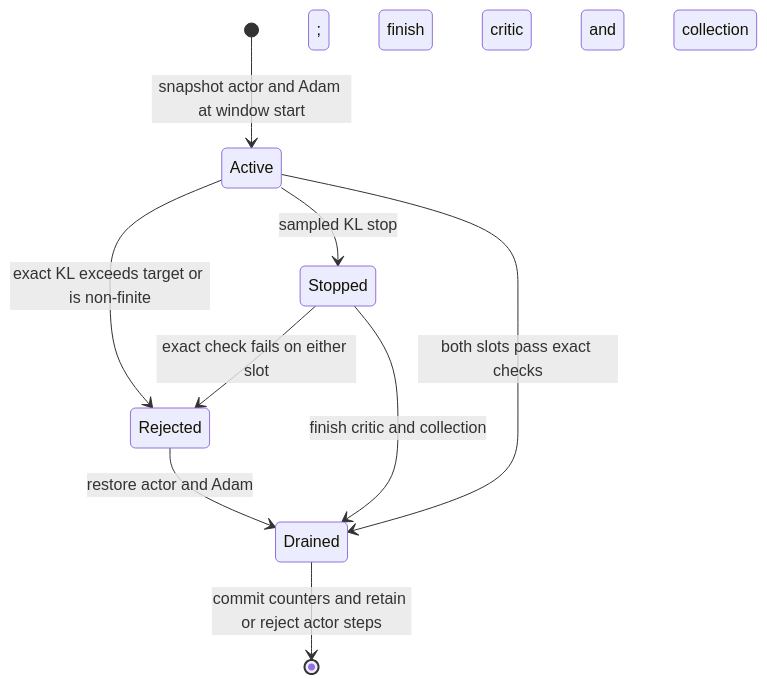
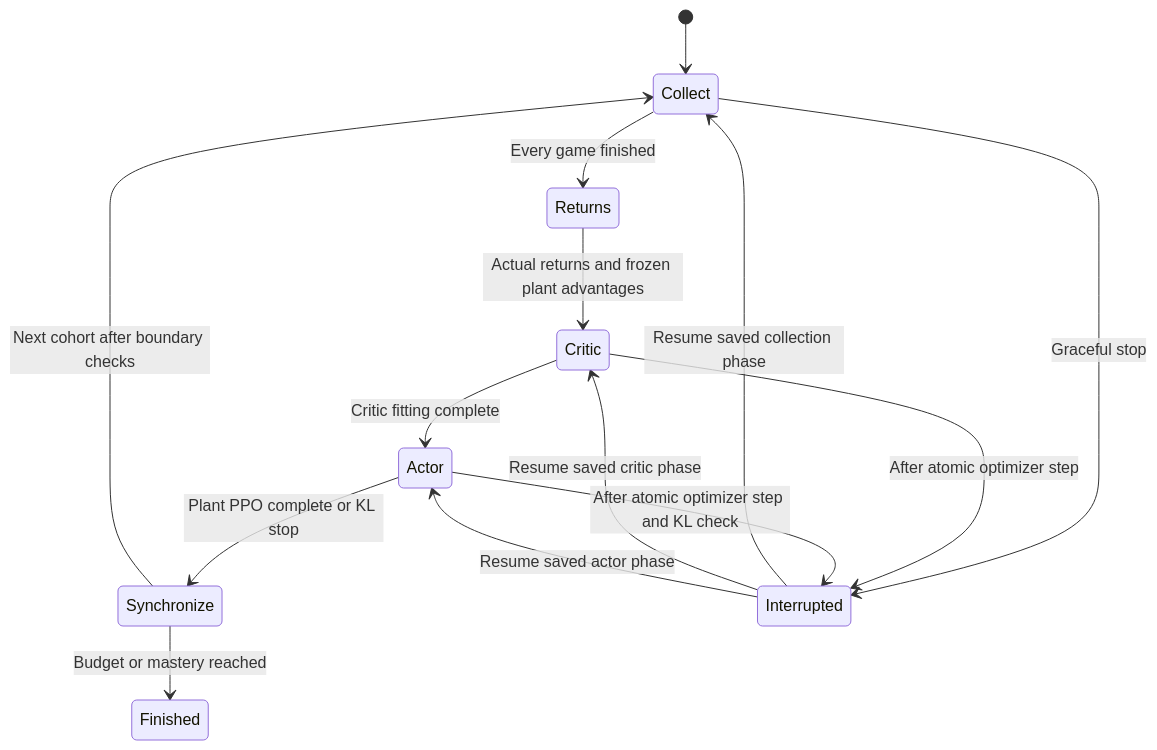
One commit to Comb1e/RL-Pvz changed the second of 2 diagrams in docs/architecture.md. Above: the diagram before and after it, drawn with Mermaid. The commit also changed other lines of this file and 75 other files, not shown here.

````diff
--- a/docs/architecture.md
+++ b/docs/architecture.md
@@ -211,11 +162,16 @@
 ```mermaid
 stateDiagram-v2
-    [*] --> Active: snapshot actor and Adam at window start
-    Active --> Stopped: sampled KL stop
-    Active --> Rejected: exact KL exceeds target or is non-finite
-    Stopped --> Rejected: exact check fails on either slot
-    Rejected --> Drained: restore actor and Adam; finish critic and collection
-    Stopped --> Drained: finish critic and collection
-    Active --> Drained: both slots pass exact checks
-    Drained --> [*]: commit counters and retain or reject actor steps
+    [*] --> Collect
+    Collect --> Returns: Every game finished
+    Returns --> Critic: Actual returns and frozen plant advantages
+    Critic --> Actor: Critic fitting complete
+    Actor --> Synchronize: Plant PPO complete or KL stop
+    Synchronize --> Collect: Next cohort after boundary checks
+    Synchronize --> Finished: Budget or mastery reached
+    Collect --> Interrupted: Graceful stop
+    Critic --> Interrupted: After atomic optimizer step
+    Actor --> Interrupted: After atomic optimizer step and KL check
+    Interrupted --> Collect: Resume saved collection phase
+    Interrupted --> Critic: Resume saved critic phase
+    Interrupted --> Actor: Resume saved actor phase
 ```
````
